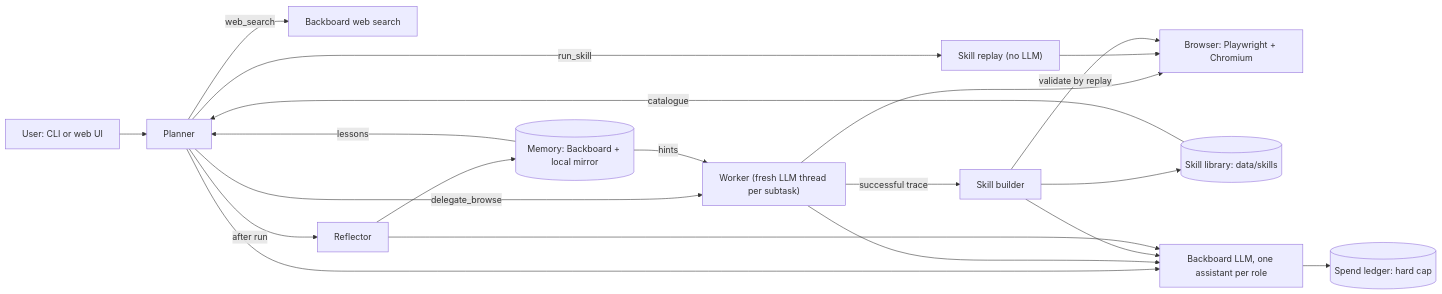
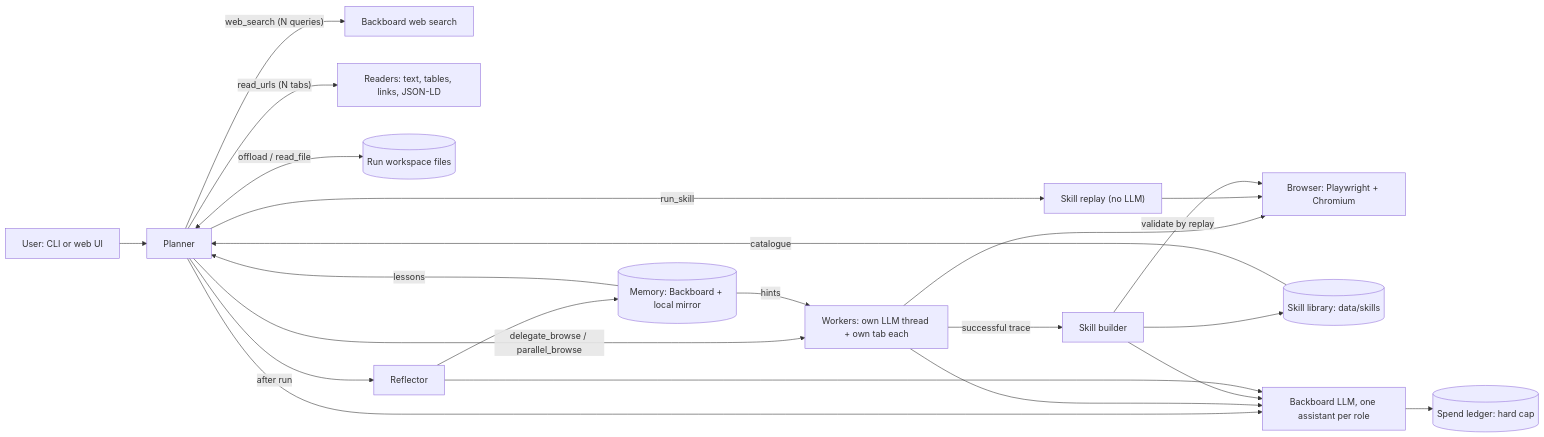
The diagram in README.md (Auro-rium/web-forge), drawn with Mermaid before and after one commit. The commit also changed other lines of this file and 18 other files, not shown here.

First line of the commit message:
Generalize the agent: parallel sub-agents, multi-tab browser, generic extraction, context offloading

````diff
--- a/README.md
+++ b/README.md
@@ -15,19 +15,21 @@
 ```mermaid
 flowchart LR
     U["User: CLI or web UI"] --> P["Planner"]
-    P -->|web_search| WS["Backboard web search"]
-    P -->|delegate_browse| W["Worker (fresh LLM thread per subtask)"]
+    P -->|"web_search (N queries)"| WS["Backboard web search"]
+    P -->|"read_urls (N tabs)"| RU["Readers: text, tables, links, JSON-LD"]
+    P -->|"delegate_browse / parallel_browse"| W["Workers: own LLM thread + own tab each"]
+    P <-->|offload / read_file| FS[("Run workspace files")]
     P -->|run_skill| R["Skill replay (no LLM)"]
     W --> B["Browser: Playwright + Chromium"]
     R --> B
     W -->|successful trace| SB["Skill builder"]
     SB -->|validate by replay| B
     SB --> L[("Skill library: data/skills")]
     L -->|catalogue| P
     P -->|after run| RF["Reflector"]
     RF --> M[("Memory: Backboard + local mirror")]
     M -->|lessons| P
     M -->|hints| W
     P & W & SB & RF --> LLM["Backboard LLM, one assistant per role"]
     LLM --> G[("Spend ledger: hard cap")]
 ```
````
